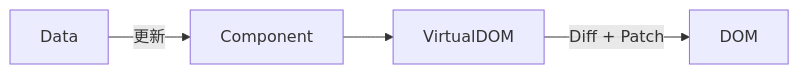
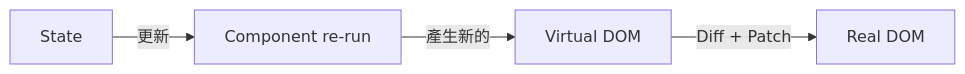
Before and after one commit to Luciano0322/signal-talk-2025: the diagram in pages/cost_of_vdom.md, drawn with Mermaid. The commit also changed other lines of this file and 13 other files, not shown here.

````diff
--- a/pages/cost_of_vdom.md
+++ b/pages/cost_of_vdom.md
@@ -19,6 +31,6 @@
 ```mermaid
 graph LR
-Data -->|更新| Component
-Component --> VirtualDOM
-VirtualDOM -->|Diff + Patch| DOM
+State -->|更新| Component[Component re-run]
+Component -->|產生新的| VirtualDOM[Virtual DOM]
+VirtualDOM -->|Diff + Patch| DOM[Real DOM]
 ```
````
